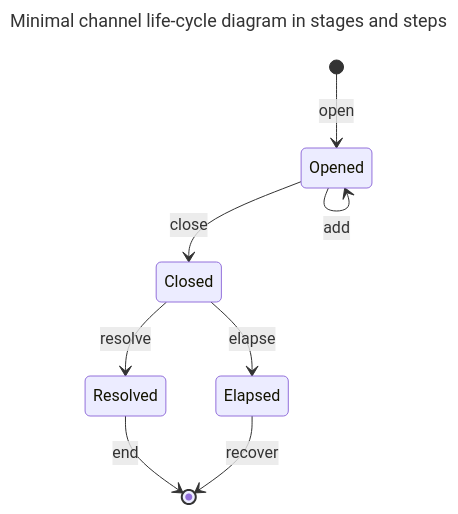
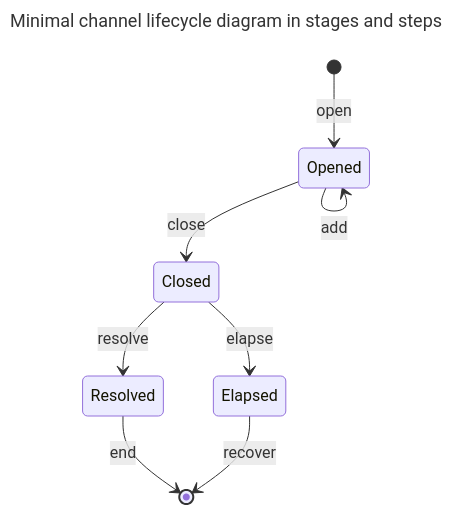
One commit to colll78/cardano-lightning changed the diagram in docs/adrs/minimal-lifecycle.md. Above: the diagram before and after it, drawn with Mermaid. The commit also changed other lines of this file and 25 other files, not shown here.

Commit message:
add adrs on state post minimal lifecycle

````diff
--- a/docs/adrs/minimal-lifecycle.md
+++ b/docs/adrs/minimal-lifecycle.md
@@ -59,13 +59,13 @@
 ```mermaid
 ---
-title: Minimal channel life-cycle diagram in stages and steps
+title: Minimal channel lifecycle diagram in stages and steps
 ---
 stateDiagram-v2
     [*] --> Opened : open
     Opened --> Opened : add
     Opened --> Closed : close
     Closed --> Resolved : resolve
     Resolved --> [*] : end
     Closed --> Elapsed : elapse
     Elapsed --> [*] : recover
 ```
````
